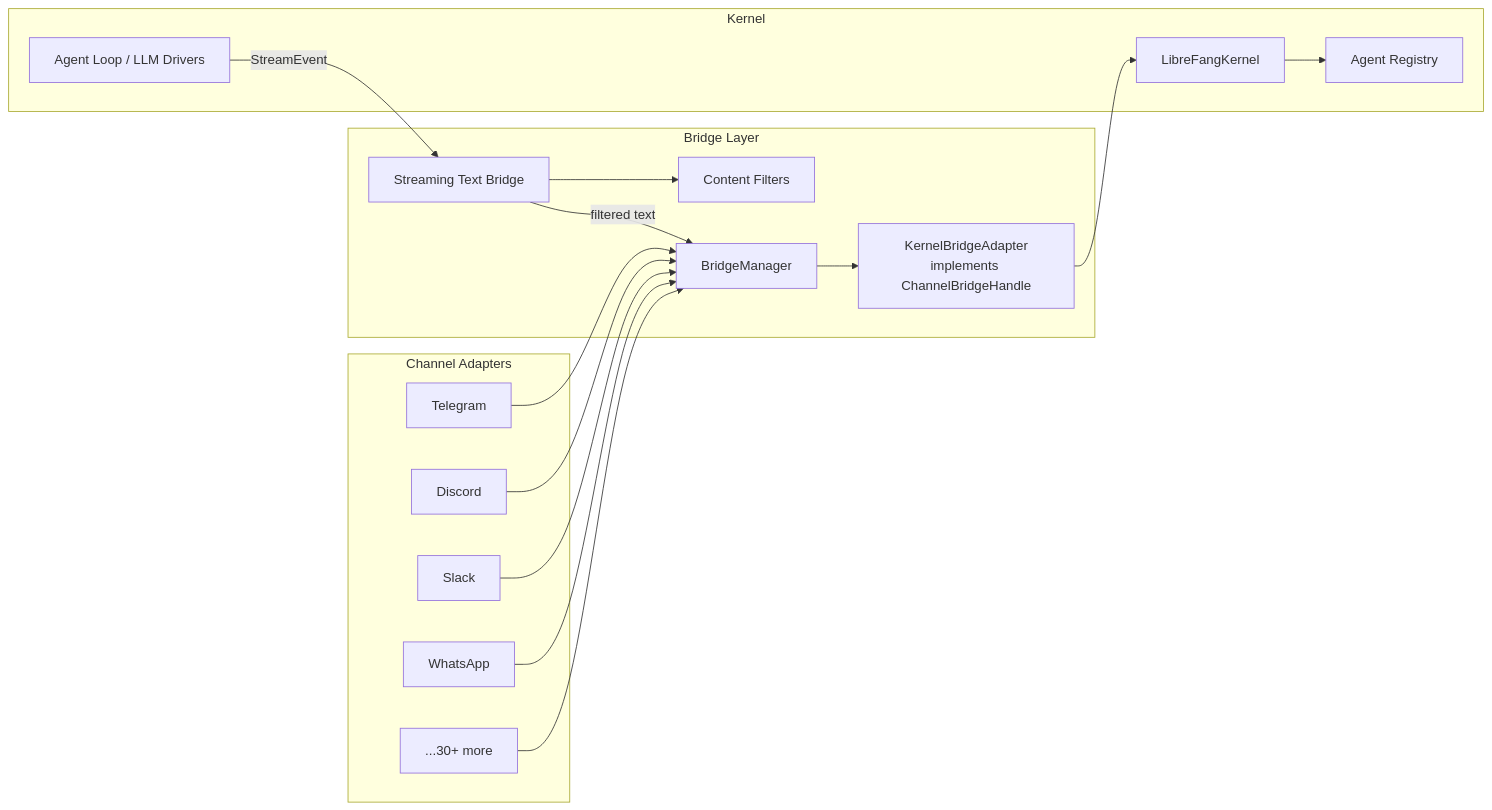
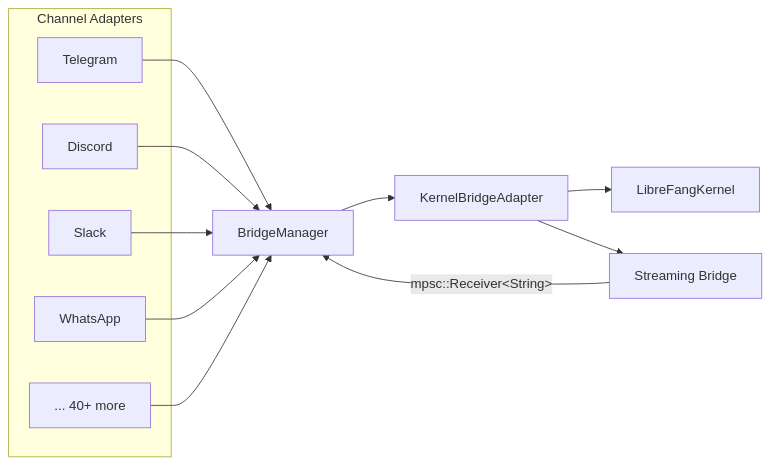
The first of 2 diagrams in api-server.md (leszek3737/librefang-WIki), drawn with Mermaid before and after one commit. The commit also changed other lines of this file and 100 other files, not shown here.

````diff
--- a/api-server.md
+++ b/api-server.md
@@ -9,35 +9,24 @@
 ```mermaid
 graph LR
     subgraph "Channel Adapters"
-        A[Telegram]
-        B[Discord]
-        C[Slack]
-        D[WhatsApp]
-        E[...30+ more]
+        TG[Telegram]
+        DC[Discord]
+        SL[Slack]
+        WA[WhatsApp]
+        DOT["... 40+ more"]
     end
+    BM[BridgeManager]
+    KBA[KernelBridgeAdapter]
+    K[LibreFangKernel]
+    SB[Streaming Bridge]
 
-    subgraph "Bridge Layer"
-        F[BridgeManager]
-        G[KernelBridgeAdapter<br/>implements ChannelBridgeHandle]
-        H[Streaming Text Bridge]
-        I[Content Filters]
-    end
-
-    subgraph "Kernel"
-        J[LibreFangKernel]
-        K[Agent Registry]
-        L[Agent Loop / LLM Drivers]
-    end
-
-    A --> F
-    B --> F
-    C --> F
-    D --> F
-    E --> F
-    F --> G
-    G --> J
-    H --> I
-    L -->|StreamEvent| H
-    H -->|filtered text| F
-    J --> K
+    TG --> BM
+    DC --> BM
+    SL --> BM
+    WA --> BM
+    DOT --> BM
+    BM --> KBA
+    KBA --> K
+    KBA --> SB
+    SB -->|mpsc::Receiver&lt;String&gt;| BM
 ```
````
